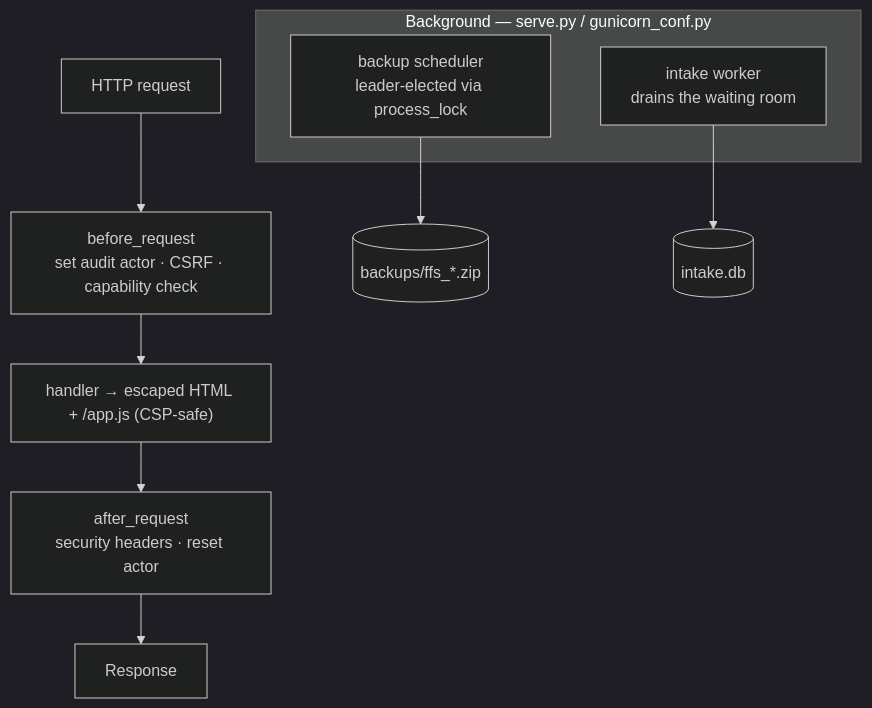
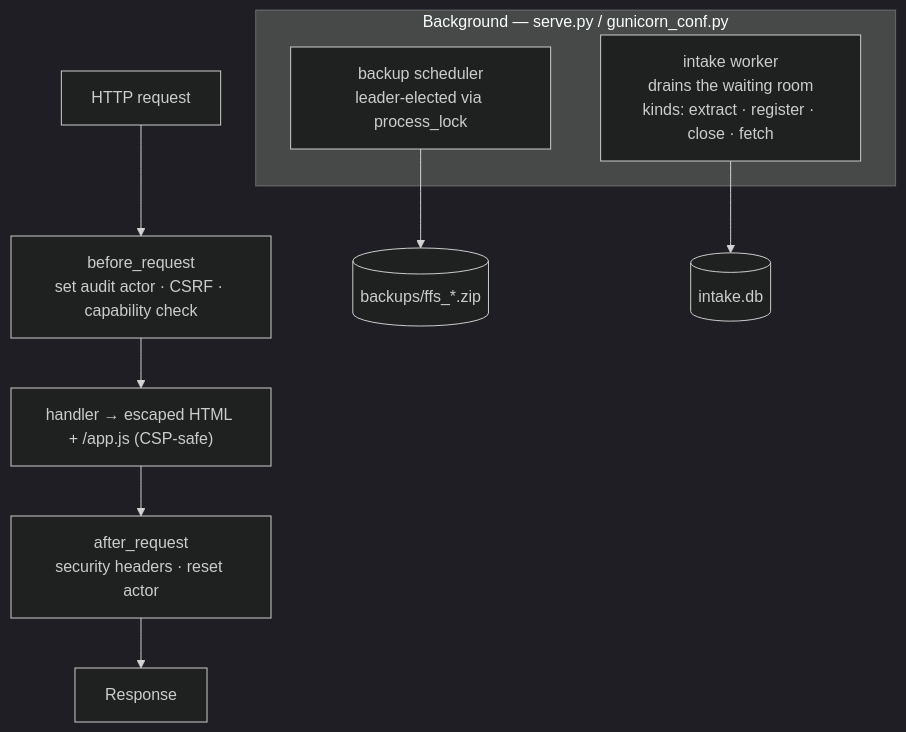
One commit to kristapsgoncoronoks-ship-it/Bid_it changed the eighth of 13 diagrams in docs/DIAGRAMS.md. Above: the diagram before and after it, drawn with Mermaid (dark theme). The commit also changed other lines of this file and 6 other files, not shown here.

First line of the commit message:
docs: sync reference/architecture with this session + add FUTURE_PLAN

````diff
--- a/docs/DIAGRAMS.md
+++ b/docs/DIAGRAMS.md
@@ -231,14 +246,14 @@
 ```mermaid
 flowchart TB
     REQ["HTTP request"] --> BR["before_request<br/>set audit actor · CSRF · capability check"]
     BR --> H["handler → escaped HTML + /app.js (CSP-safe)"]
     H --> AR["after_request<br/>security headers · reset actor"]
     AR --> RESP["Response"]
 
     subgraph BG["Background — serve.py / gunicorn_conf.py"]
         SCH["backup scheduler<br/>leader-elected via process_lock"]
-        IW["intake worker<br/>drains the waiting room"]
+        IW["intake worker<br/>drains the waiting room<br/>kinds: extract · register · close · fetch"]
     end
     SCH --> SNAP[("backups/ffs_*.zip")]
     IW --> Q[("intake.db")]
 ```
````
